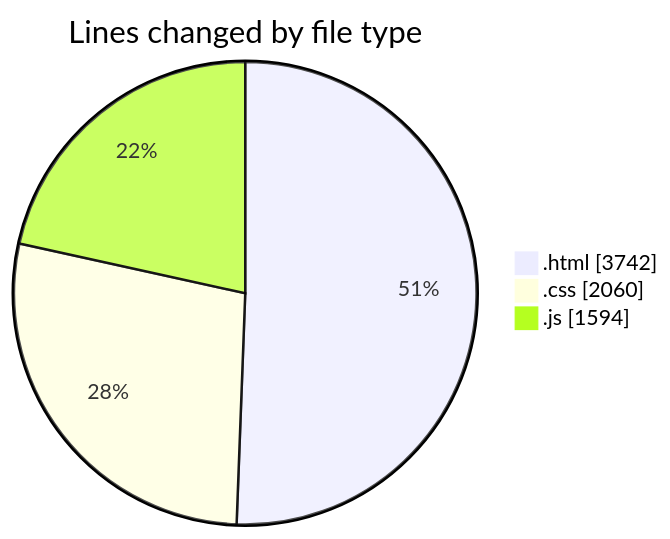
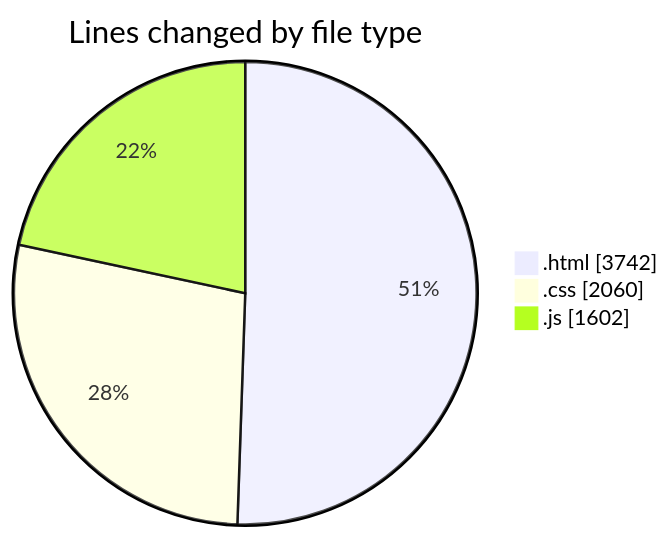
Before and after one commit to Ritupan-Deka/code-tracking: the first of 2 diagrams in 2025-05-24/projects/README.md, drawn with Mermaid. The commit also changed other lines of this file and 1 other file, not shown here.

````diff
--- a/2025-05-24/projects/README.md
+++ b/2025-05-24/projects/README.md
@@ -23,7 +23,7 @@
 ```mermaid
 pie showData
 title Lines changed by file type
 ".html" : 3742
 ".css" : 2060
-".js" : 1594
+".js" : 1602
 ```
````
